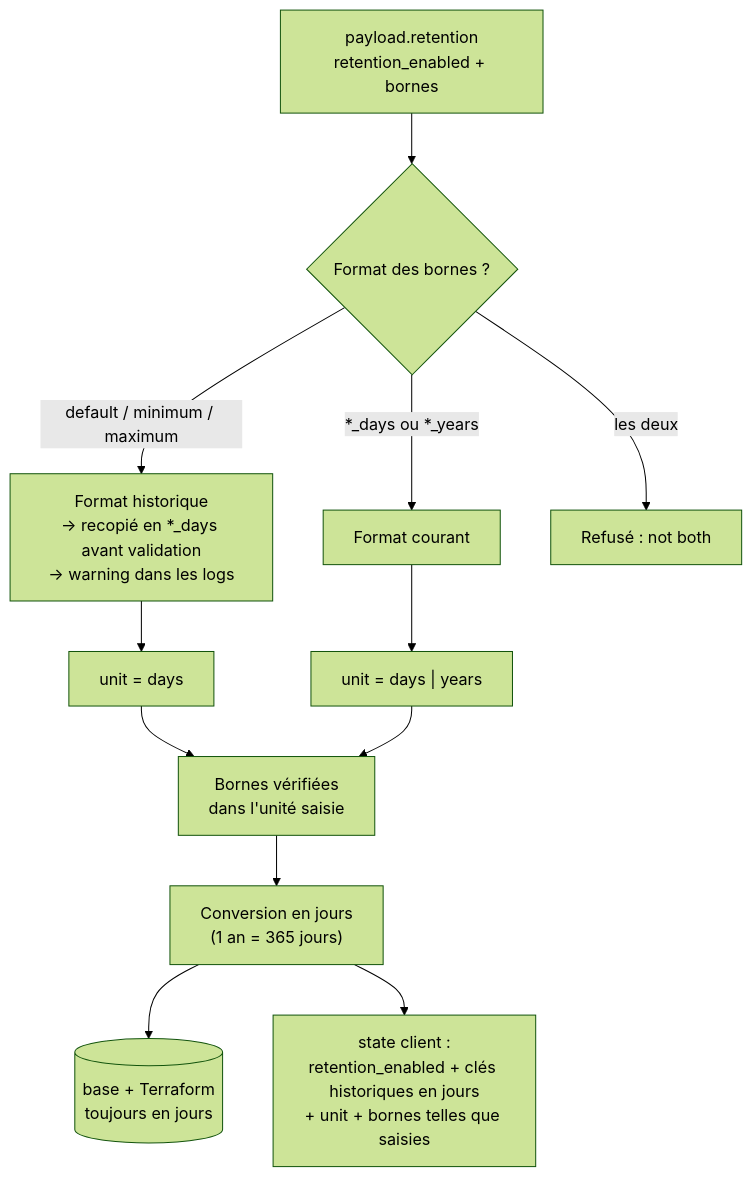
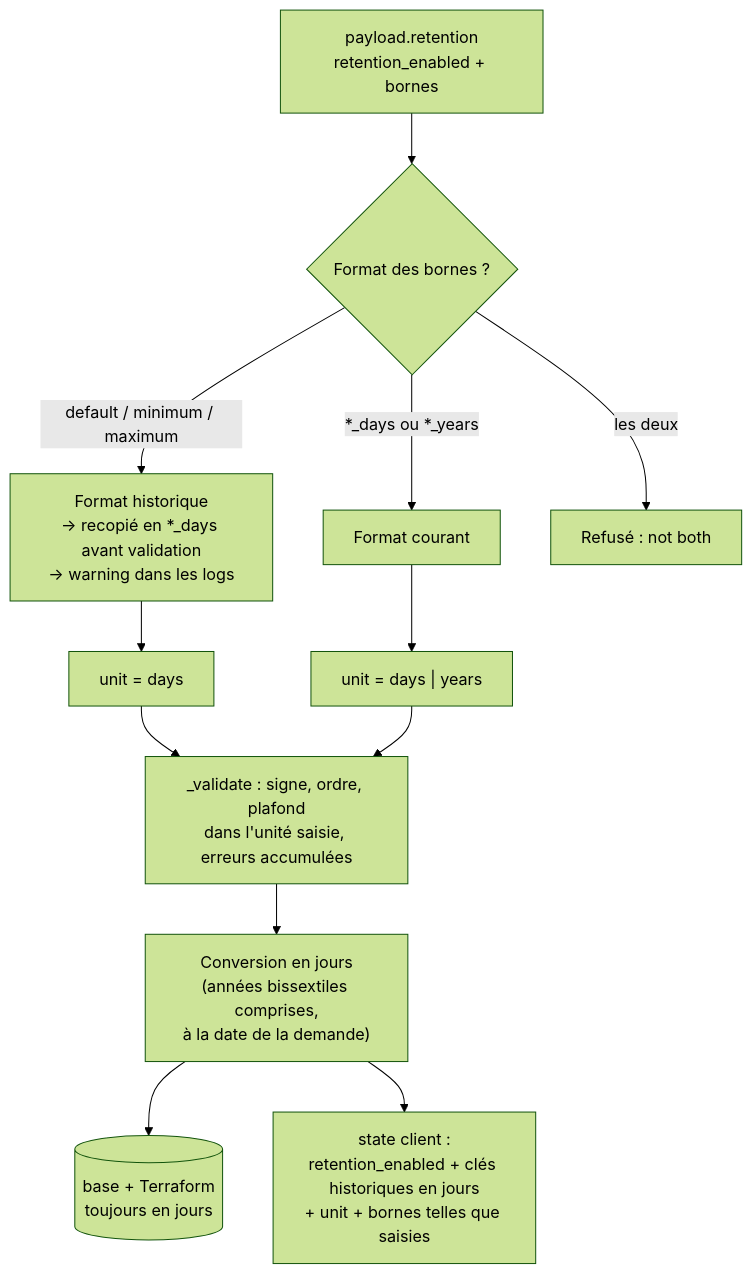
Before and after one commit to karimessouabni/cos: the fourth of 4 diagrams in cos/README.md, drawn with Mermaid (forest theme). The commit also changed other lines of this file and 8 other files, not shown here.

````diff
--- a/cos/README.md
+++ b/cos/README.md
@@ -174,14 +178,14 @@
 ```mermaid
 flowchart TD
     P["payload.retention<br/>retention_enabled + bornes"] --> Q{Format des bornes ?}
     Q -->|"default / minimum / maximum"| L["Format historique<br/>→ recopié en *_days avant validation<br/>→ warning dans les logs"]
     Q -->|"*_days ou *_years"| N["Format courant"]
     Q -->|"les deux"| R["Refusé : not both"]
     L --> U["unit = days"]
     N --> U2["unit = days | years"]
-    U --> C["Bornes vérifiées<br/>dans l'unité saisie"]
+    U --> C["_validate : signe, ordre, plafond<br/>dans l'unité saisie, erreurs accumulées"]
     U2 --> C
-    C --> J["Conversion en jours<br/>(1 an = 365 jours)"]
+    C --> J["Conversion en jours<br/>(années bissextiles comprises,<br/>à la date de la demande)"]
     J --> DB[("base + Terraform<br/>toujours en jours")]
     J --> ST["state client :<br/>retention_enabled + clés historiques en jours<br/>+ unit + bornes telles que saisies"]
 ```
````
